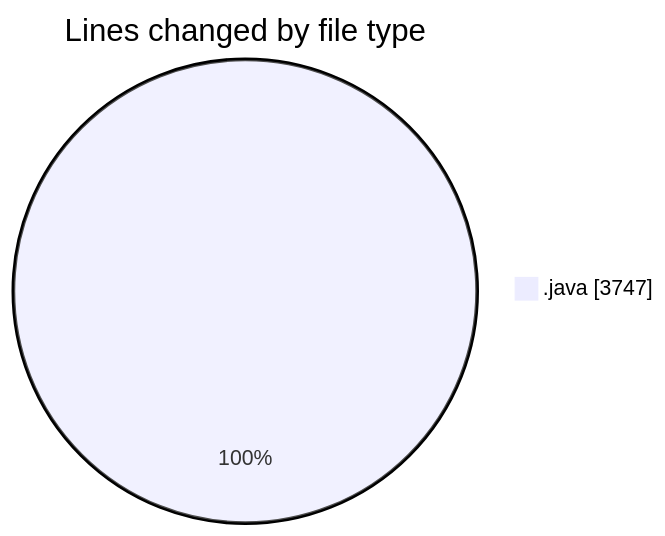
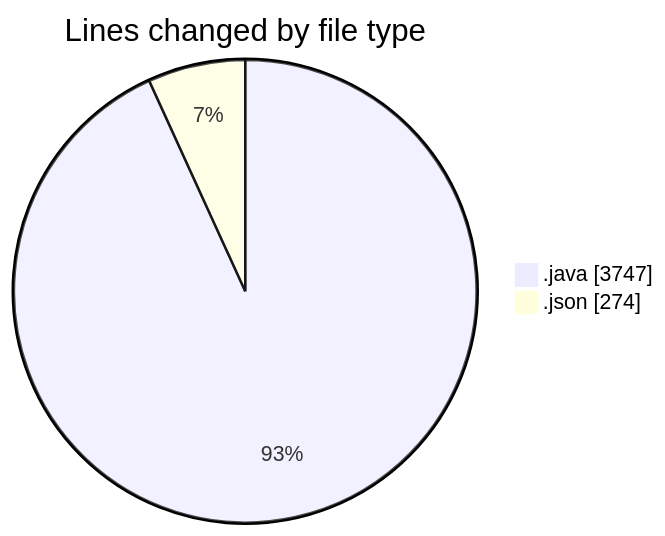
One commit to ricardozamudiocil/code-tracking changed the first of 2 diagrams in 2026-09-03/cilapp/README.md. Above: the diagram before and after it, drawn with Mermaid. The commit also changed other lines of this file and 1 other file, not shown here.

````diff
--- a/2026-09-03/cilapp/README.md
+++ b/2026-09-03/cilapp/README.md
@@ -20,5 +21,6 @@
 ```mermaid
 pie showData
 title Lines changed by file type
 ".java" : 3747
+".json" : 274
 ```
````
